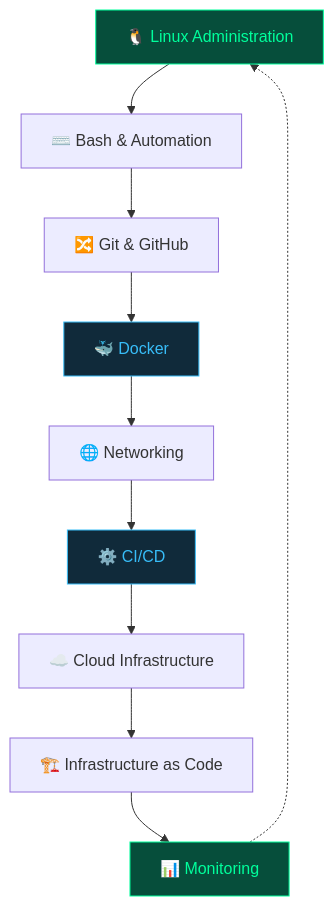
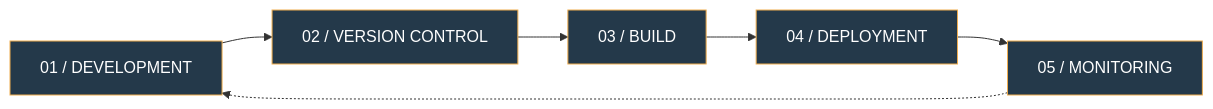
One commit to tmrzdmurod/tmrzdmurod changed the diagram in README.md. Above: the diagram before and after it, drawn with Mermaid. The commit also changed other lines of this file, not shown here.

````diff
--- a/README.md
+++ b/README.md
@@ -145,17 +93,14 @@
 ```mermaid
-flowchart TD
-    A["🐧 Linux Administration"] --> B["⌨️ Bash & Automation"]
-    B --> C["🔀 Git & GitHub"]
-    C --> D["🐳 Docker"]
-    D --> E["🌐 Networking"]
-    E --> F["⚙️ CI/CD"]
-    F --> G["☁️ Cloud Infrastructure"]
-    G --> H["🏗️ Infrastructure as Code"]
-    H --> I["📊 Monitoring"]
-    I -.-> A
+flowchart LR
+    A["01 / DEVELOPMENT"] --> B["02 / VERSION CONTROL"]
+    B --> C["03 / BUILD"]
+    C --> D["04 / DEPLOYMENT"]
+    D --> E["05 / MONITORING"]
+    E -.-> A
 
-    style A fill:#064E3B,color:#00FF9C,stroke:#00FF9C
-    style D fill:#102A3A,color:#38BDF8,stroke:#38BDF8
-    style F fill:#102A3A,color:#38BDF8,stroke:#38BDF8
-    style I fill:#064E3B,color:#00FF9C,stroke:#00FF9C
+    style A fill:#24394A,color:#FFFFFF,stroke:#F0AD4E
+    style B fill:#24394A,color:#FFFFFF,stroke:#F0AD4E
+    style C fill:#24394A,color:#FFFFFF,stroke:#F0AD4E
+    style D fill:#24394A,color:#FFFFFF,stroke:#F0AD4E
+    style E fill:#24394A,color:#FFFFFF,stroke:#F0AD4E
 ```
````
